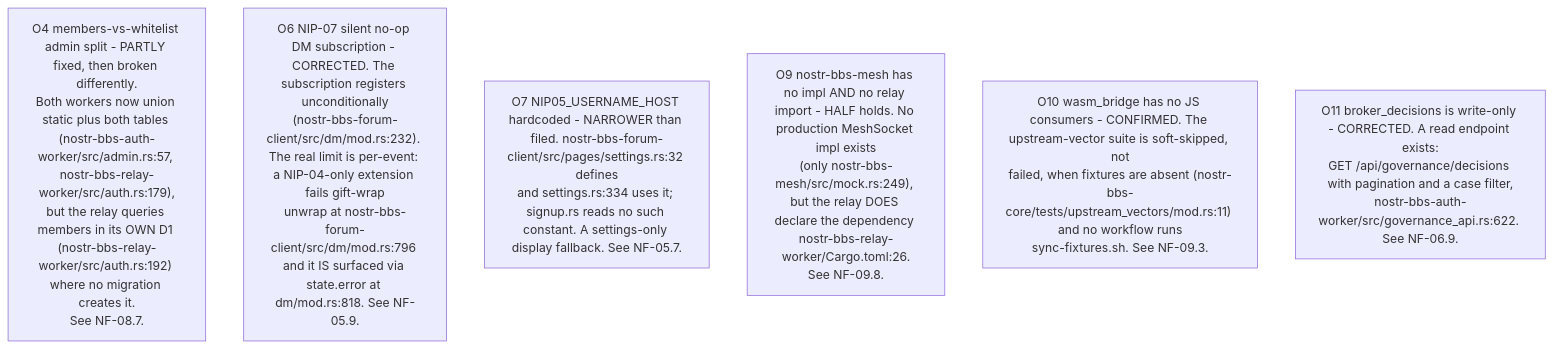
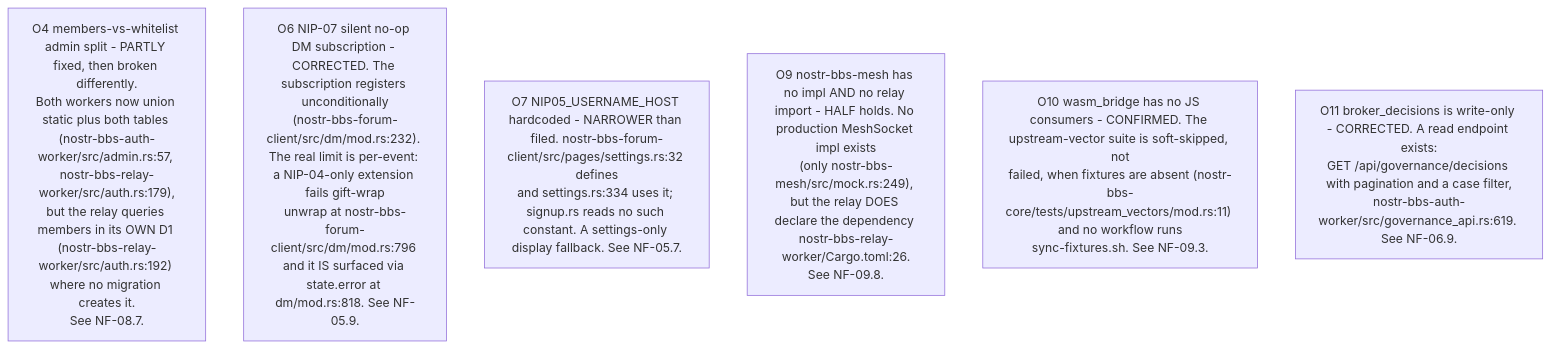
The fourth of 10 diagrams in docs/diagrams/nostr-rust-forum/10-invariants-and-anomaly-register.md (DreamLab-AI/VisionFlow), drawn with Mermaid before and after one commit. The commit also changed other lines of this file and 31 other files, not shown here.

````diff
--- a/docs/diagrams/nostr-rust-forum/10-invariants-and-anomaly-register.md
+++ b/docs/diagrams/nostr-rust-forum/10-invariants-and-anomaly-register.md
@@ -106,9 +109,9 @@
 ```mermaid
 flowchart TB
     O4["O4 members-vs-whitelist admin split - PARTLY fixed, then broken differently.<br/>Both workers now union static plus both tables (nostr-bbs-auth-worker/src/admin.rs:57, nostr-bbs-relay-worker/src/auth.rs:179),<br/>but the relay queries members in its OWN D1 (nostr-bbs-relay-worker/src/auth.rs:192) where no migration creates it.<br/>See NF-08.7."]
     O6["O6 NIP-07 silent no-op DM subscription - CORRECTED. The subscription registers unconditionally<br/>(nostr-bbs-forum-client/src/dm/mod.rs:232). The real limit is per-event: a NIP-04-only extension fails gift-wrap<br/>unwrap at nostr-bbs-forum-client/src/dm/mod.rs:796 and it IS surfaced via state.error at dm/mod.rs:818. See NF-05.9."]
     O7["O7 NIP05_USERNAME_HOST hardcoded - NARROWER than filed. nostr-bbs-forum-client/src/pages/settings.rs:32 defines<br/>and settings.rs:334 uses it; signup.rs reads no such constant. A settings-only display fallback. See NF-05.7."]
     O9["O9 nostr-bbs-mesh has no impl AND no relay import - HALF holds. No production MeshSocket impl exists<br/>(only nostr-bbs-mesh/src/mock.rs:249), but the relay DOES declare the dependency nostr-bbs-relay-worker/Cargo.toml:26.<br/>See NF-09.8."]
     O10["O10 wasm_bridge has no JS consumers - CONFIRMED. The upstream-vector suite is soft-skipped, not<br/>failed, when fixtures are absent (nostr-bbs-core/tests/upstream_vectors/mod.rs:11) and no workflow runs<br/>sync-fixtures.sh. See NF-09.3."]
-    O11c["O11 broker_decisions is write-only - CORRECTED. A read endpoint exists:<br/>GET /api/governance/decisions with pagination and a case filter,<br/>nostr-bbs-auth-worker/src/governance_api.rs:622. See NF-06.9."]
+    O11c["O11 broker_decisions is write-only - CORRECTED. A read endpoint exists:<br/>GET /api/governance/decisions with pagination and a case filter,<br/>nostr-bbs-auth-worker/src/governance_api.rs:619. See NF-06.9."]
 ```
````
